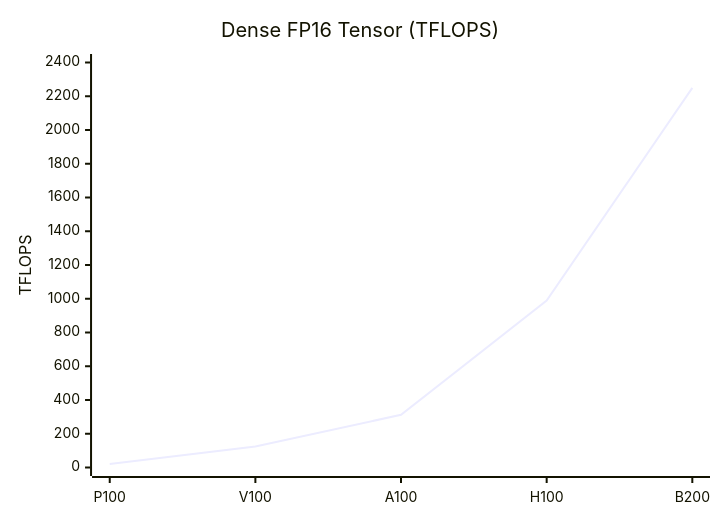
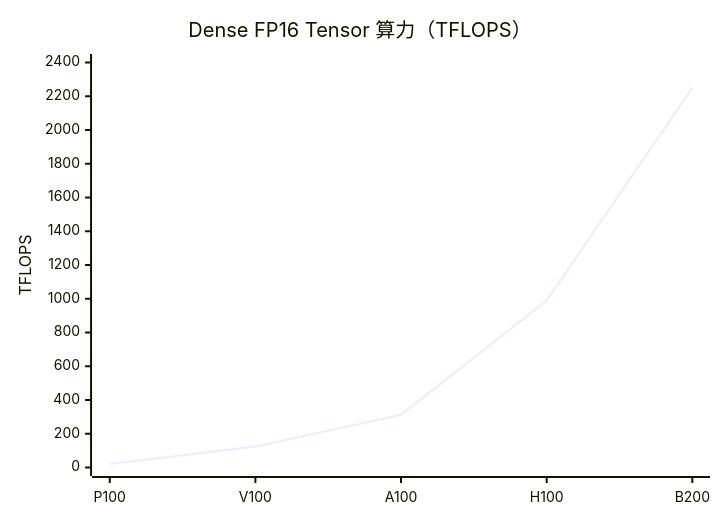
One commit to lxy-alexander/VoidIndex changed the first of 13 diagrams in src/content/posts/nvidia-gpu-architectures.md. Above: the diagram before and after it, drawn with Mermaid. The commit also changed other lines of this file and 4 other files, not shown here.

````diff
--- a/src/content/posts/nvidia-gpu-architectures.md
+++ b/src/content/posts/nvidia-gpu-architectures.md
@@ -27,7 +27,7 @@
 ```mermaid
 xychart-beta
-  title "Dense FP16 Tensor (TFLOPS)"
+  title "Dense FP16 Tensor 算力（TFLOPS）"
   x-axis [P100, V100, A100, H100, B200]
   y-axis "TFLOPS" 0 --> 2400
   line [21.2, 125, 312, 989, 2250]
 ```
````
